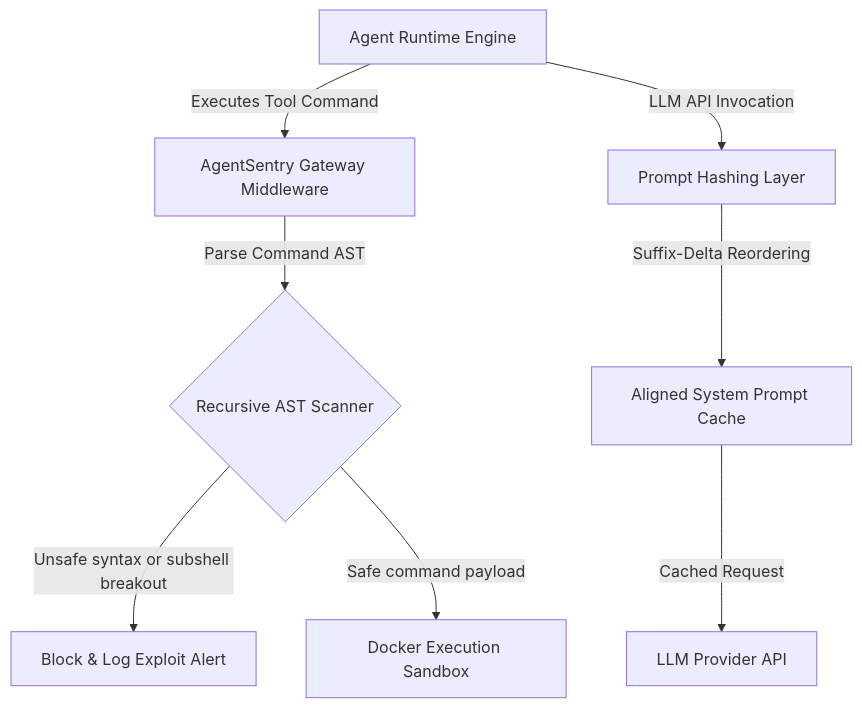
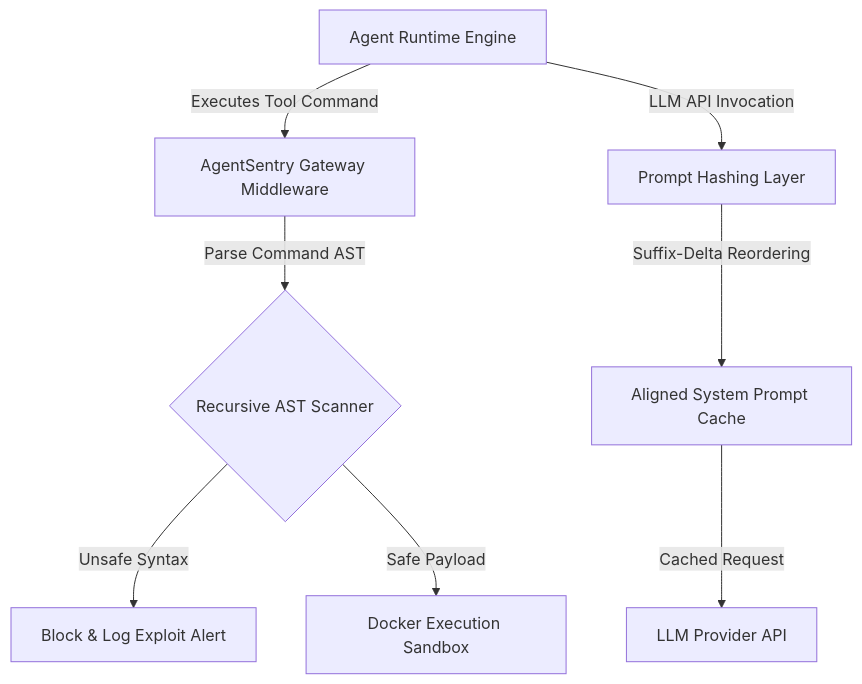
Before and after one commit to Gaurav711cgu/Agent_Sentry: the diagram in README.md, drawn with Mermaid.

Commit message:
fix(readme): use clean flowchart TD for system architecture diagram

````diff
--- a/README.md
+++ b/README.md
@@ -32,11 +32,11 @@
 ```mermaid
-graph TD
+flowchart TD
     A["Agent Runtime Engine"] -->|Executes Tool Command| B["AgentSentry Gateway Middleware"]
     B -->|Parse Command AST| C{"Recursive AST Scanner"}
-    C -->|Unsafe syntax or subshell breakout| D["Block & Log Exploit Alert"]
-    C -->|Safe command payload| E["Docker Execution Sandbox"]
+    C -->|Unsafe Syntax| D["Block & Log Exploit Alert"]
+    C -->|Safe Payload| E["Docker Execution Sandbox"]
     
     A -->|LLM API Invocation| F["Prompt Hashing Layer"]
     F -->|Suffix-Delta Reordering| G["Aligned System Prompt Cache"]
     G -->|Cached Request| H["LLM Provider API"]
 ```
````
